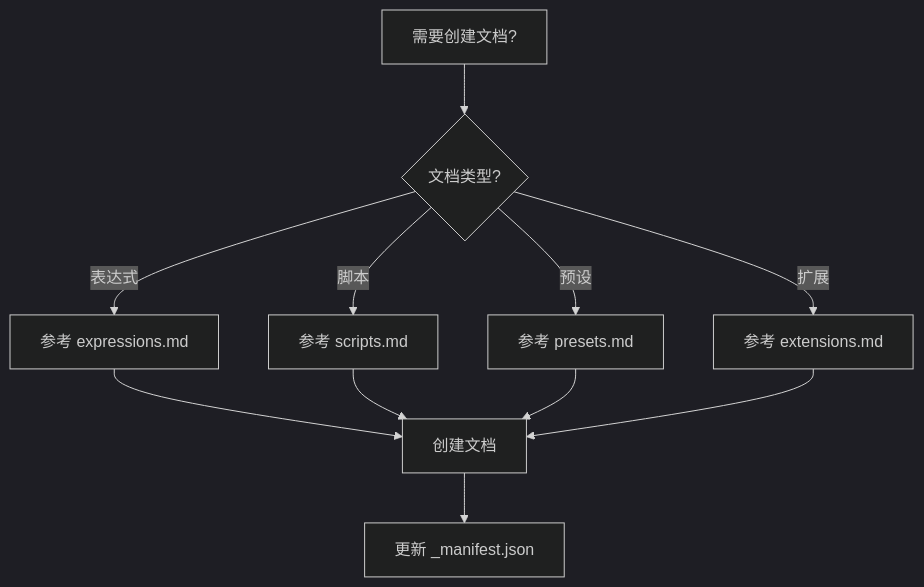
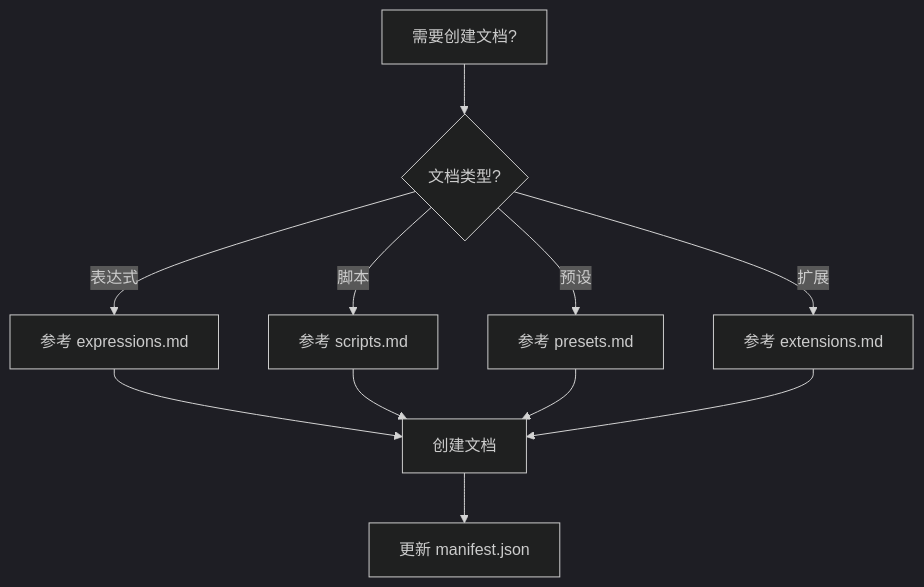
Before and after one commit to yancongya/AE-Marketplace: the diagram in skills/writing-documents/SKILL.md, drawn with Mermaid (dark theme). The commit also changed other lines of this file and 5 other files, not shown here.

````diff
--- a/skills/writing-documents/SKILL.md
+++ b/skills/writing-documents/SKILL.md
@@ -22,13 +23,13 @@
 ```mermaid
 graph TD
     A[需要创建文档?] --> B{文档类型?}
     B -->|表达式| C[参考 expressions.md]
     B -->|脚本| D[参考 scripts.md]
     B -->|预设| E[参考 presets.md]
     B -->|扩展| F[参考 extensions.md]
     C --> G[创建文档]
     D --> G
     E --> G
     F --> G
-    G --> H[更新 _manifest.json]
+    G --> H[更新 manifest.json]
 ```
````
